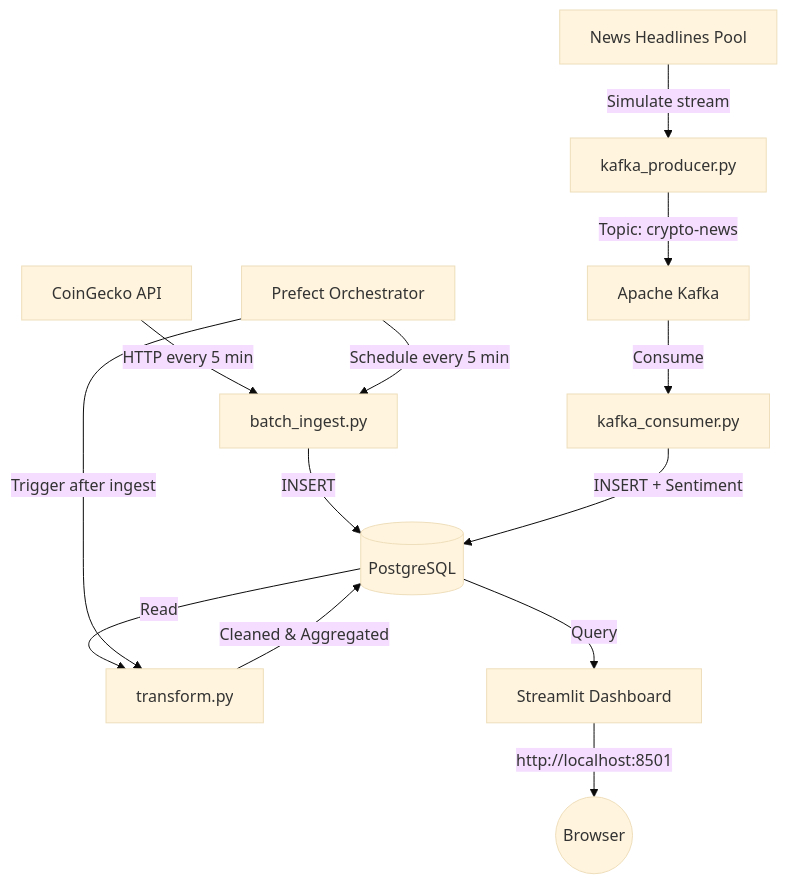
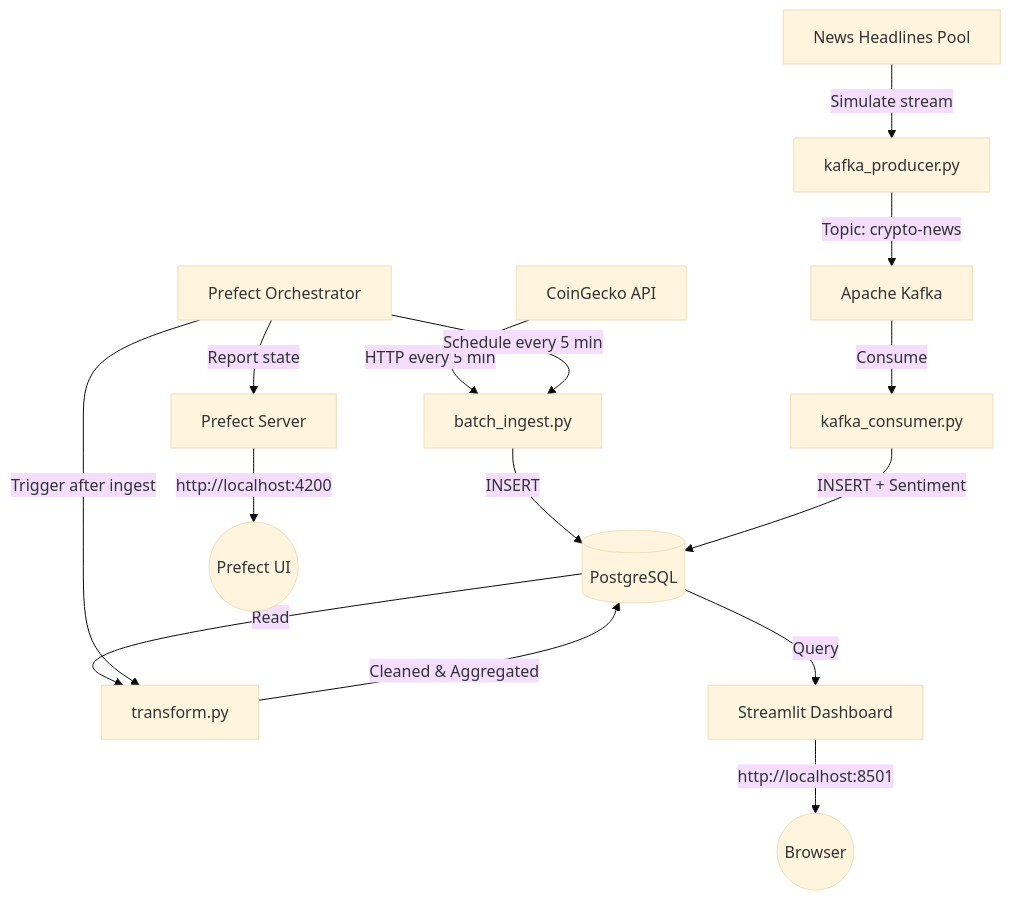
One commit to mazentoraa/crypto-pipeline changed the diagram in README.md. Above: the diagram before and after it, drawn with Mermaid (base theme). The commit also changed other lines of this file and 9 other files, not shown here.

````diff
--- a/README.md
+++ b/README.md
@@ -30,15 +31,17 @@
 ```mermaid
 graph TD
     A[CoinGecko API] -->|HTTP every 5 min| B[batch_ingest.py]
     B -->|INSERT| C[(PostgreSQL)]
     D[News Headlines Pool] -->|Simulate stream| E[kafka_producer.py]
     E -->|Topic: crypto-news| F[Apache Kafka]
     F -->|Consume| G[kafka_consumer.py]
     G -->|INSERT + Sentiment| C
     C -->|Read| H[transform.py]
     H -->|Cleaned & Aggregated| C
     I[Prefect Orchestrator] -->|Schedule every 5 min| B
     I -->|Trigger after ingest| H
     C -->|Query| J[Streamlit Dashboard]
     J -->|http://localhost:8501| K((Browser))
+    I -->|Report state| L[Prefect Server]
+    L -->|http://localhost:4200| M((Prefect UI))
 ```
````
